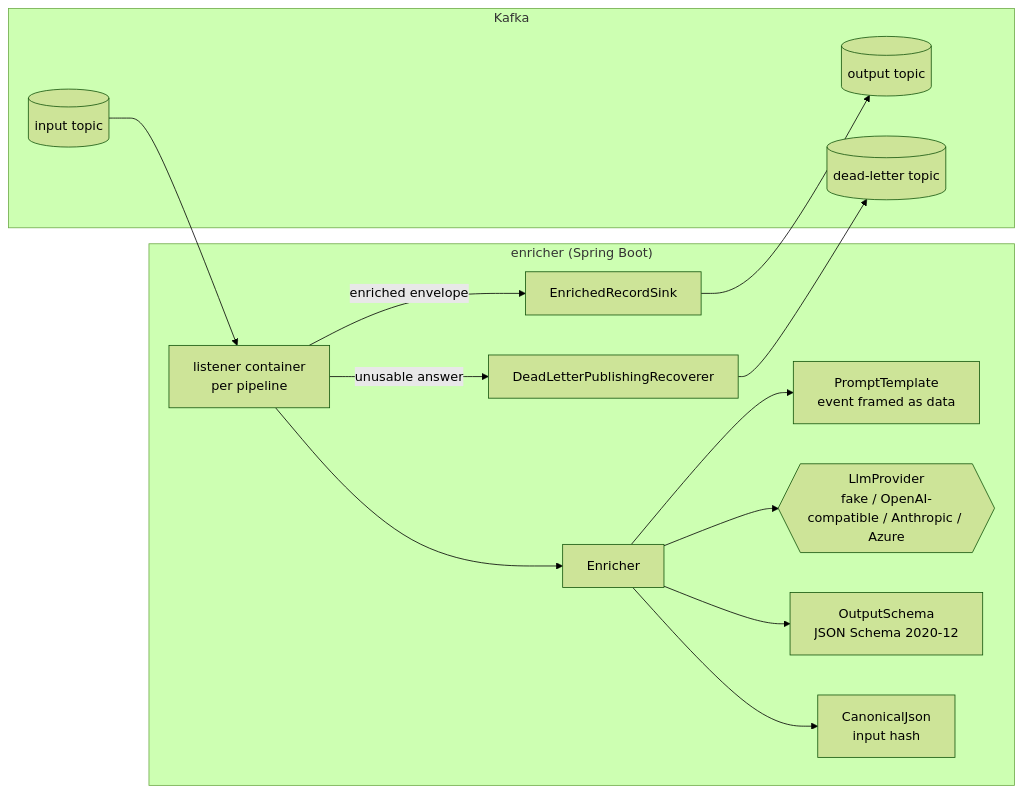
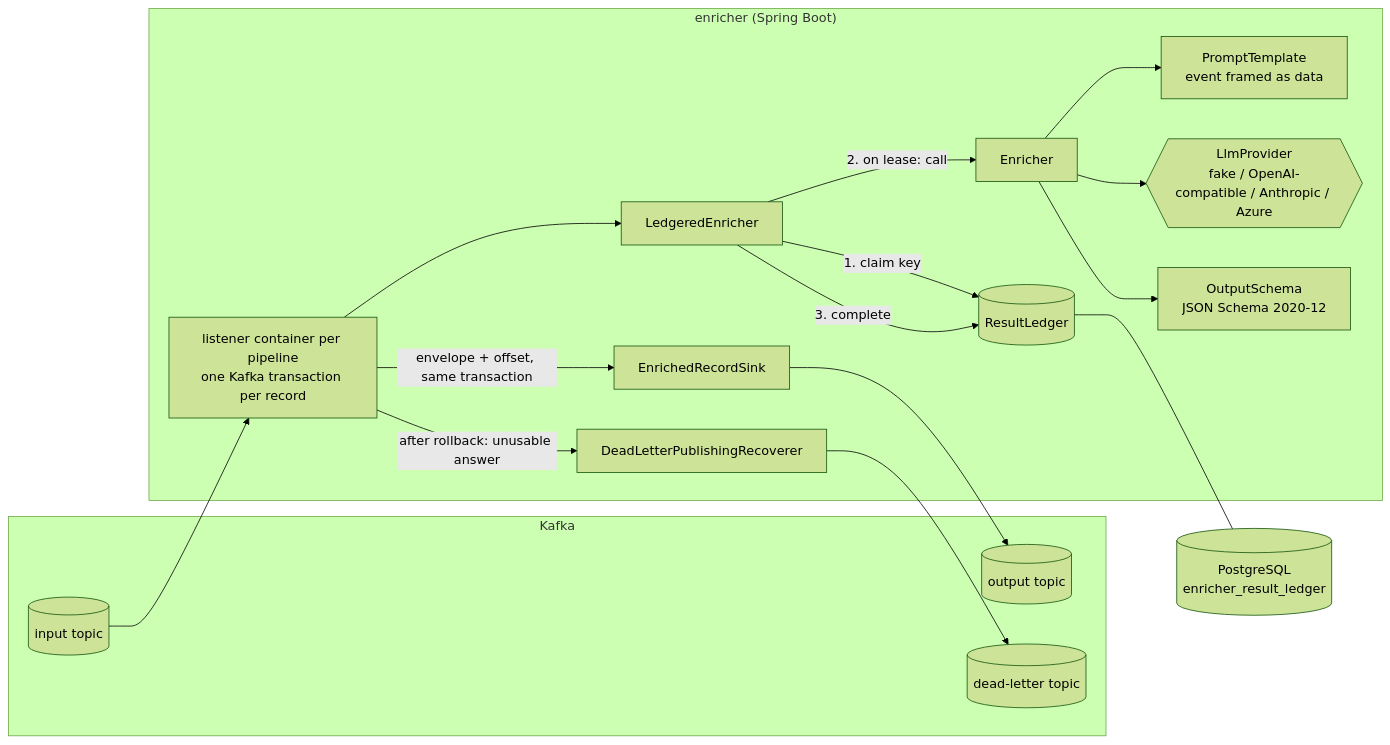
Before and after one commit to xeeshan16/kafka-llm-enricher: the diagram in README.md, drawn with Mermaid (forest theme). The commit also changed other lines of this file and 4 other files, not shown here.

First line of the commit message:
Document day 2: transactions, result ledger and chaos results

````diff
--- a/README.md
+++ b/README.md
@@ -110,20 +118,23 @@
 ```mermaid
 flowchart LR
   subgraph Kafka
     IN[(input topic)]
     OUT[(output topic)]
     DLQ[(dead-letter topic)]
   end
   subgraph "enricher (Spring Boot)"
-    C[listener container<br/>per pipeline] --> E[Enricher]
+    C[listener container per pipeline<br/>one Kafka transaction per record] --> L[LedgeredEnricher]
+    L -->|1. claim key| RL[(ResultLedger)]
+    L -->|2. on lease: call| E[Enricher]
     E --> T[PromptTemplate<br/>event framed as data]
     E --> P{{LlmProvider<br/>fake / OpenAI-compatible / Anthropic / Azure}}
     E --> V[OutputSchema<br/>JSON Schema 2020-12]
-    E --> H[CanonicalJson<br/>input hash]
-    C -->|enriched envelope| S[EnrichedRecordSink]
-    C -->|unusable answer| R[DeadLetterPublishingRecoverer]
+    L -->|3. complete| RL
+    C -->|envelope + offset, same transaction| S[EnrichedRecordSink]
+    C -->|after rollback: unusable answer| R[DeadLetterPublishingRecoverer]
   end
+  RL --- PG[(PostgreSQL<br/>enricher_result_ledger)]
   IN --> C
   S --> OUT
   R --> DLQ
 ```
````
